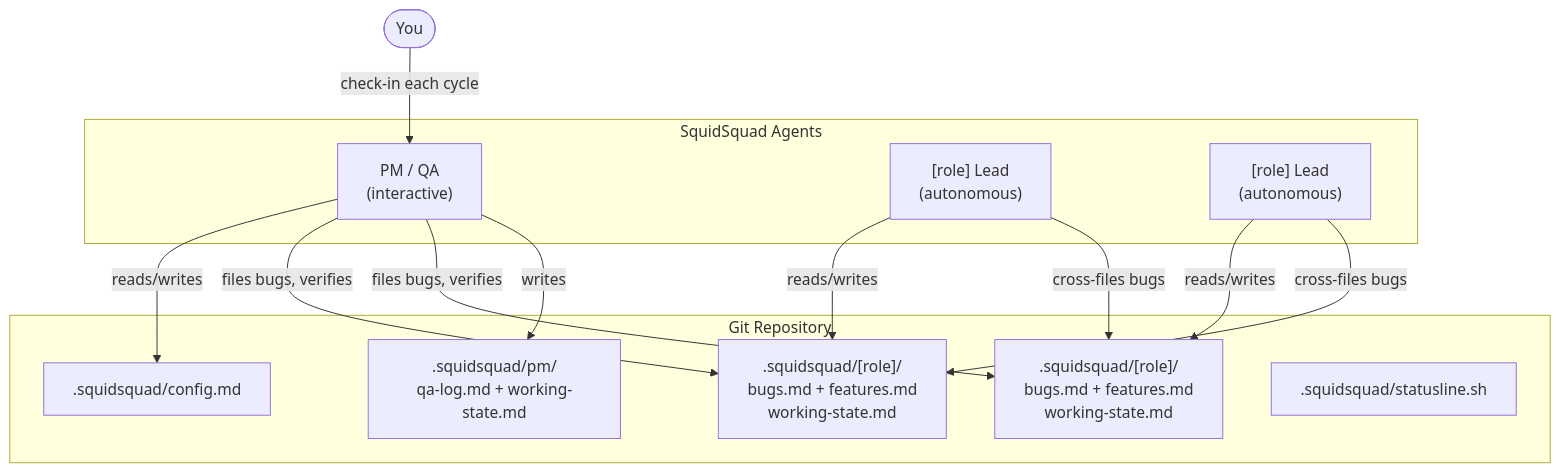
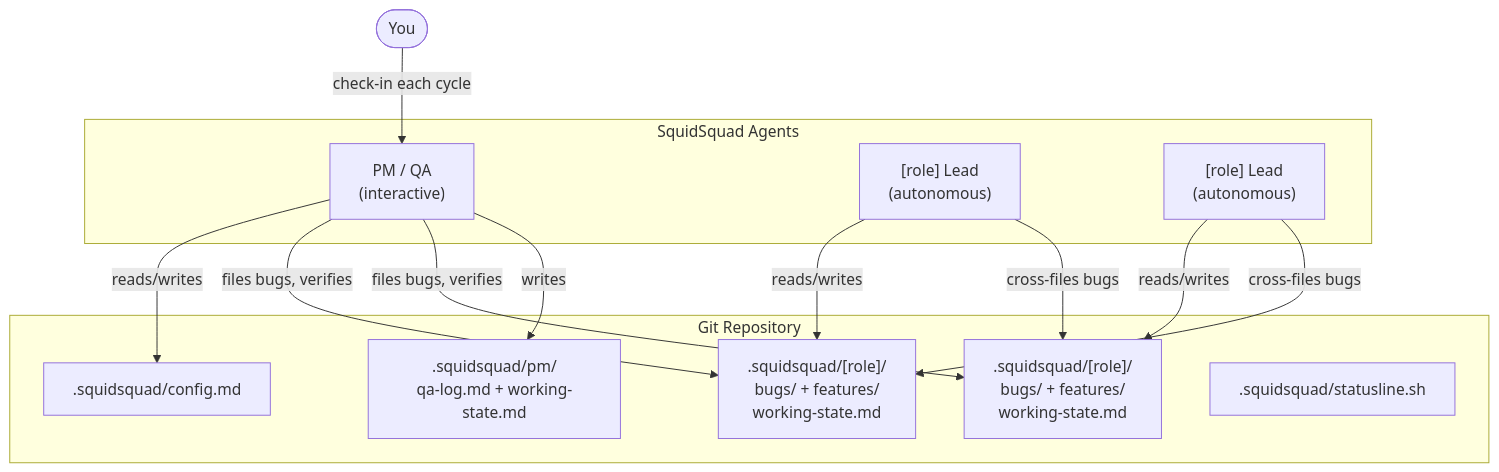
One commit to WallyDoodlez/SquidSquad changed the second of 2 diagrams in README.md. Above: the diagram before and after it, drawn with Mermaid. The commit also changed other lines of this file and 104 other files, not shown here.

First line of the commit message:
skill: implement FEAT-SKILL-051 — Tracker Schema 3 (individual files + INDEX)

````diff
--- a/README.md
+++ b/README.md
@@ -72,28 +72,28 @@
 ```mermaid
 graph TD
     H(["You"])
 
     subgraph squad["SquidSquad Agents"]
         PM["PM / QA\n(interactive)"]
         R1["[role] Lead\n(autonomous)"]
         R2["[role] Lead\n(autonomous)"]
     end
 
     subgraph repo["Git Repository"]
         CFG[".squidsquad/config.md"]
-        T1[".squidsquad/[role]/\nbugs.md + features.md\nworking-state.md"]
-        T2[".squidsquad/[role]/\nbugs.md + features.md\nworking-state.md"]
+        T1[".squidsquad/[role]/\nbugs/ + features/\nworking-state.md"]
+        T2[".squidsquad/[role]/\nbugs/ + features/\nworking-state.md"]
         PM_T[".squidsquad/pm/\nqa-log.md + working-state.md"]
         SL[".squidsquad/statusline.sh"]
     end
 
     H -- "check-in each cycle" --> PM
     PM -- reads/writes --> CFG
     PM -- files bugs, verifies --> T1
     PM -- files bugs, verifies --> T2
     PM -- writes --> PM_T
     R1 -- reads/writes --> T1
     R2 -- reads/writes --> T2
     R1 -- cross-files bugs --> T2
     R2 -- cross-files bugs --> T1
 ```
````
